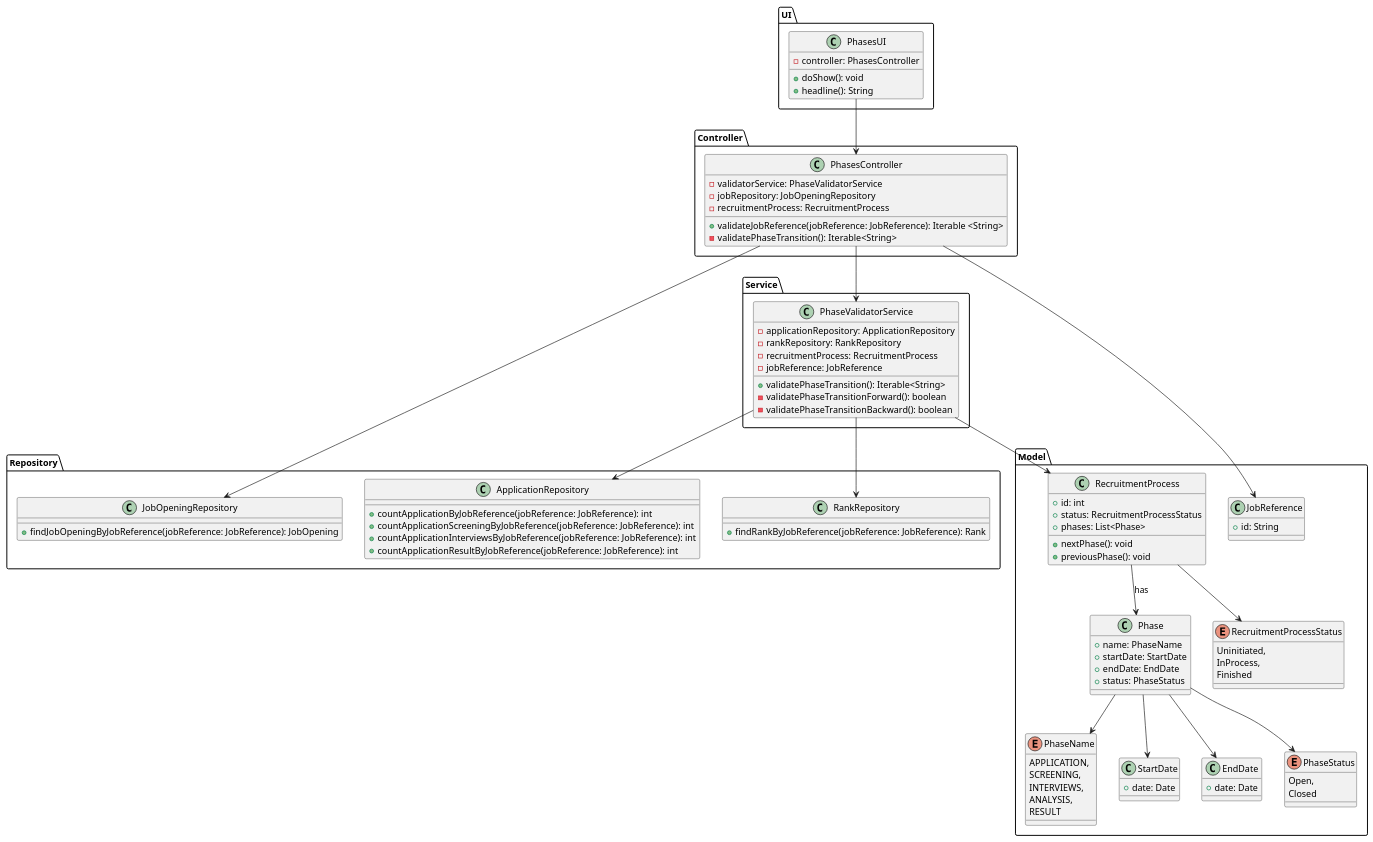
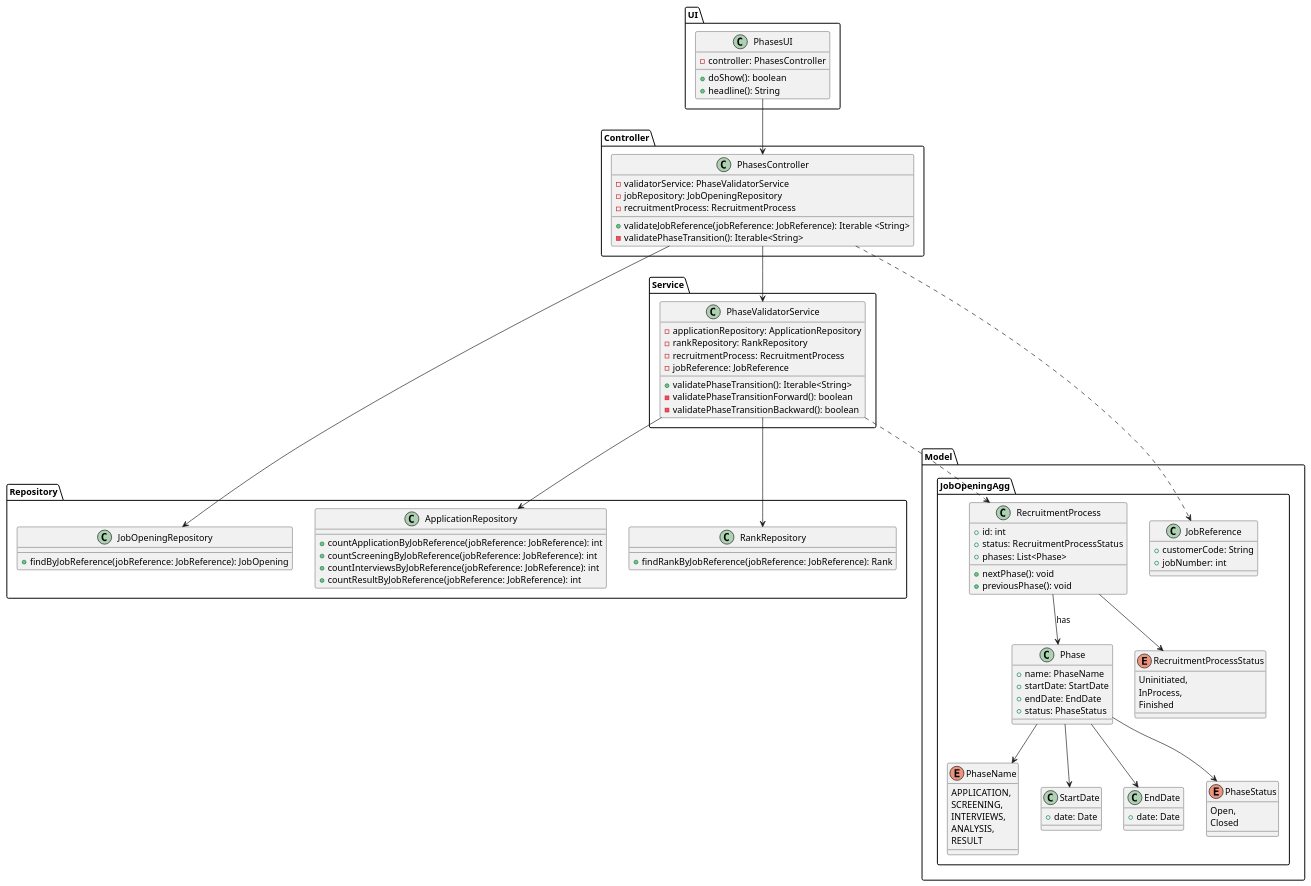
Before and after one commit to Mendoncaa/LAPR4: the diagram in docs/sprintC/US1010/03.design/puml/CD.puml, drawn with PlantUML. The commit also changed 6 other files, not shown here.

First line of the commit message:
#40 US1010 diagrams updated.

```diff
--- a/docs/sprintC/US1010/03.design/puml/CD.puml
+++ b/docs/sprintC/US1010/03.design/puml/CD.puml
@@ -1,114 +1,118 @@
 @startuml ClassDiagram
 
 package Controller {
     class PhasesController {
         - validatorService: PhaseValidatorService
         - jobRepository: JobOpeningRepository
         - recruitmentProcess: RecruitmentProcess
         + validateJobReference(jobReference: JobReference): Iterable <String>
         - validatePhaseTransition(): Iterable<String>
     }
 }
 
 package Service {
     class PhaseValidatorService {
         - applicationRepository: ApplicationRepository
         - rankRepository: RankRepository
         - recruitmentProcess: RecruitmentProcess
         - jobReference: JobReference
         + validatePhaseTransition(): Iterable<String>
         - validatePhaseTransitionForward(): boolean
         - validatePhaseTransitionBackward(): boolean
     }
 }
 
 package Repository {
     class JobOpeningRepository {
-        + findJobOpeningByJobReference(jobReference: JobReference): JobOpening
+        + findByJobReference(jobReference: JobReference): JobOpening
     }
 
     class ApplicationRepository {
         + countApplicationByJobReference(jobReference: JobReference): int
-        + countApplicationScreeningByJobReference(jobReference: JobReference): int
-        + countApplicationInterviewsByJobReference(jobReference: JobReference): int
-        + countApplicationResultByJobReference(jobReference: JobReference): int
+        + countScreeningByJobReference(jobReference: JobReference): int
+        + countInterviewsByJobReference(jobReference: JobReference): int
+        + countResultByJobReference(jobReference: JobReference): int
     }
 
     class RankRepository {
         + findRankByJobReference(jobReference: JobReference): Rank
     }
 }
 
 package Model {
 
-    class JobReference {
-        +id: String
-    }
+    package JobOpeningAgg {
 
-    class RecruitmentProcess {
-        +id: int
-        +status: RecruitmentProcessStatus
-        +phases: List<Phase>
-        + nextPhase(): void
-        + previousPhase(): void
-    }
+        class JobReference {
+            + customerCode: String
+            + jobNumber: int
+        }
 
-    class Phase {
-        +name: PhaseName
-        +startDate: StartDate
-        +endDate: EndDate
-        +status: PhaseStatus
-    }
+        class RecruitmentProcess {
+            +id: int
+            +status: RecruitmentProcessStatus
+            +phases: List<Phase>
+            + nextPhase(): void
+            + previousPhase(): void
+        }
 
-    enum PhaseName {
-        APPLICATION,
-        SCREENING,
-        INTERVIEWS,
-        ANALYSIS,
-        RESULT
-    }
+        class Phase {
+            +name: PhaseName
+            +startDate: StartDate
+            +endDate: EndDate
+            +status: PhaseStatus
+        }
 
-    class StartDate {
-        +date: Date
-    }
+        enum PhaseName {
+            APPLICATION,
+            SCREENING,
+            INTERVIEWS,
+            ANALYSIS,
+            RESULT
+        }
 
-    class EndDate {
-        +date: Date
-    }
+        class StartDate {
+            +date: Date
+        }
 
-    enum PhaseStatus {
-        Open,
-        Closed
-    }
+        class EndDate {
+            +date: Date
+        }
 
-    enum RecruitmentProcessStatus {
-        Uninitiated,
-        InProcess,
-        Finished
+        enum PhaseStatus {
+            Open,
+            Closed
+        }
+
+        enum RecruitmentProcessStatus {
+            Uninitiated,
+            InProcess,
+            Finished
+        }
     }
 }
 
 package UI {
     class PhasesUI {
         - controller: PhasesController
-        + doShow(): void
+        + doShow(): boolean
         + headline(): String
     }
 }
 
 PhasesController --> PhaseValidatorService
 PhasesController --> JobOpeningRepository
-PhasesController --> JobReference
+PhasesController ..> JobReference
 PhaseValidatorService --> ApplicationRepository
-PhaseValidatorService --> RecruitmentProcess
+PhaseValidatorService ..> RecruitmentProcess
 PhaseValidatorService --> RankRepository
 RecruitmentProcess --> Phase : "has"
 Phase --> PhaseName
 Phase --> StartDate
 Phase --> EndDate
 Phase --> PhaseStatus
 RecruitmentProcess --> RecruitmentProcessStatus
 
 PhasesUI --> PhasesController
 
 @enduml
```
